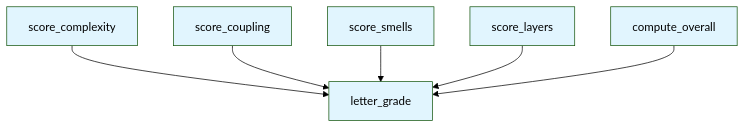
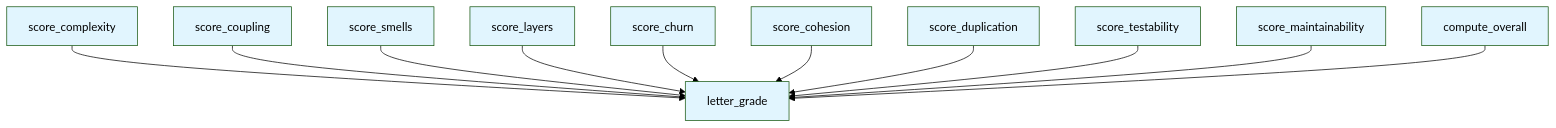
The diagram in .deepwiki/files/src/local_deepwiki/generators/analysis/health_scoring.md (UrbanDiver/local-deepwiki-mcp), drawn with Mermaid (forest theme) before and after one commit. The commit also changed other lines of this file and 84 other files, not shown here.

````diff
--- a/.deepwiki/files/src/local_deepwiki/generators/analysis/health_scoring.md
+++ b/.deepwiki/files/src/local_deepwiki/generators/analysis/health_scoring.md
@@ -369,16 +726,26 @@
 ```mermaid
 flowchart TD
     N0[compute_overall]
     N1[letter_grade]
-    N2[score_complexity]
-    N3[score_coupling]
-    N4[score_layers]
-    N5[score_smells]
+    N2[score_churn]
+    N3[score_cohesion]
+    N4[score_complexity]
+    N5[score_coupling]
+    N6[score_duplication]
+    N7[score_layers]
+    N8[score_maintainability]
+    N9[score_smells]
+    N10[score_testability]
+    N4 --> N1
+    N5 --> N1
+    N9 --> N1
+    N7 --> N1
     N2 --> N1
     N3 --> N1
-    N5 --> N1
-    N4 --> N1
+    N6 --> N1
+    N10 --> N1
+    N8 --> N1
     N0 --> N1
     classDef func fill:#e1f5fe
-    class N0,N1,N2,N3,N4,N5 func
+    class N0,N1,N2,N3,N4,N5,N6,N7,N8,N9,N10 func
 ```
````
